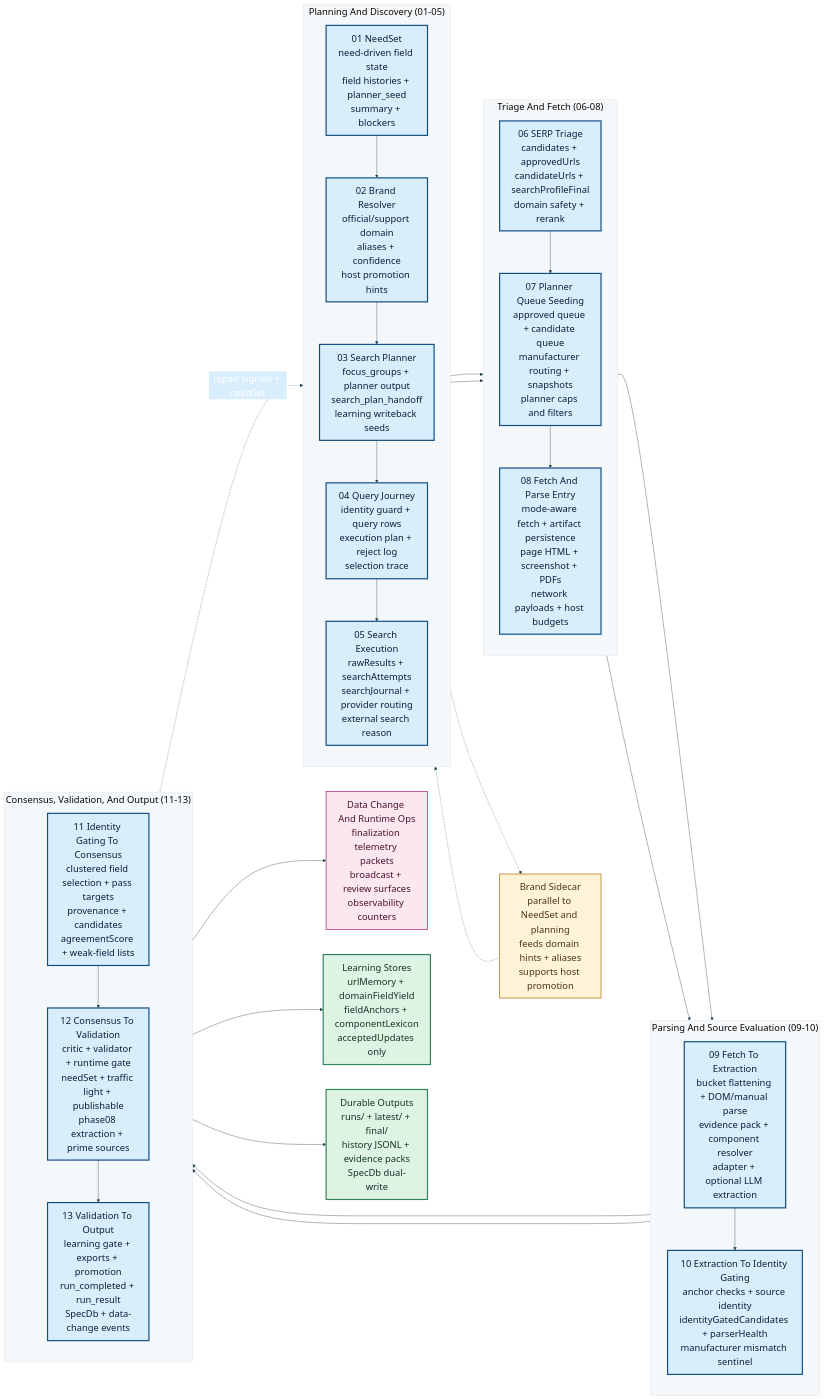
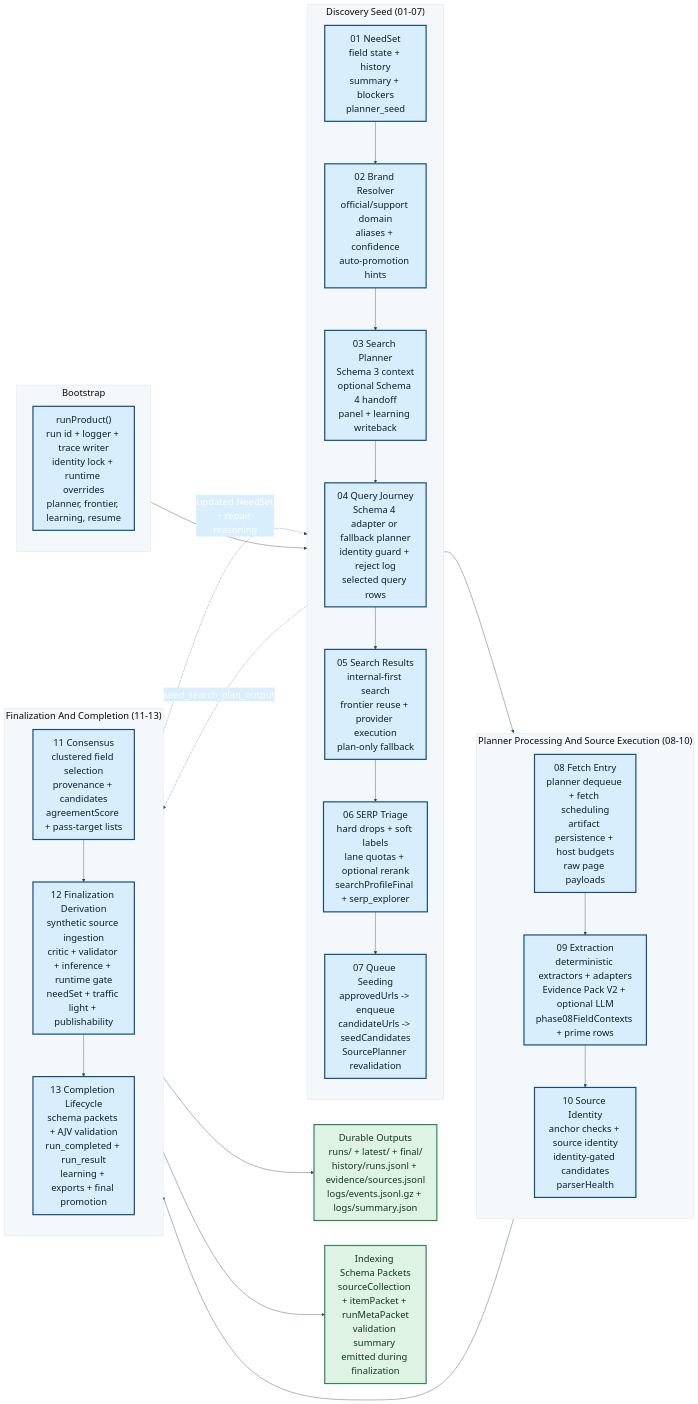
One commit to CdubVentures/Spec-Factory changed the diagram in docs/implementation/ai-indexing-plans/pipeline/FULL-PIPELINE-START-TO-FINISH.mmd. Above: the diagram before and after it, drawn with Mermaid. The commit also changed 293 other files, not shown here.

```diff
--- a/docs/implementation/ai-indexing-plans/pipeline/FULL-PIPELINE-START-TO-FINISH.mmd
+++ b/docs/implementation/ai-indexing-plans/pipeline/FULL-PIPELINE-START-TO-FINISH.mmd
@@ -1,61 +1,52 @@
 %%{init: {'theme': 'base', 'themeVariables': { 'fontFamily': 'Segoe UI', 'fontSize': '24px', 'primaryColor': '#0f4c81', 'primaryTextColor': '#ffffff', 'primaryBorderColor': '#0a3558', 'secondaryColor': '#d9eefc', 'tertiaryColor': '#f4f8fb', 'lineColor': '#264653' }, 'flowchart': { 'curve': 'basis', 'nodeSpacing': 64, 'rankSpacing': 84 } }}%%
 
 flowchart LR
-    subgraph PLAN["Planning And Discovery (01-05)"]
+    subgraph BOOT["Bootstrap"]
         direction TB
-        S01["01 NeedSet<br/>need-driven field state<br/>field histories + planner_seed<br/>summary + blockers"]
-        S02["02 Brand Resolver<br/>official/support domain<br/>aliases + confidence<br/>host promotion hints"]
-        S03["03 Search Planner<br/>focus_groups + planner output<br/>search_plan_handoff<br/>learning writeback seeds"]
-        S04["04 Query Journey<br/>identity guard + query rows<br/>execution plan + reject log<br/>selection trace"]
-        S05["05 Search Execution<br/>rawResults + searchAttempts<br/>searchJournal + provider routing<br/>external search reason"]
-        S01 --> S02 --> S03 --> S04 --> S05
+        B0["runProduct()<br/>run id + logger + trace writer<br/>identity lock + runtime overrides<br/>planner, frontier, learning, resume"]
     end
 
-    subgraph DISCOVER["Triage And Fetch (06-08)"]
+    subgraph DISCOVERY["Discovery Seed (01-07)"]
         direction TB
-        S06["06 SERP Triage<br/>candidates + approvedUrls<br/>candidateUrls + searchProfileFinal<br/>domain safety + rerank"]
-        S07["07 Planner Queue Seeding<br/>approved queue + candidate queue<br/>manufacturer routing + snapshots<br/>planner caps and filters"]
-        S08["08 Fetch And Parse Entry<br/>mode-aware fetch + artifact persistence<br/>page HTML + screenshot + PDFs<br/>network payloads + host budgets"]
-        S06 --> S07 --> S08
+        S01["01 NeedSet<br/>field state + history<br/>summary + blockers<br/>planner_seed"]
+        S02["02 Brand Resolver<br/>official/support domain<br/>aliases + confidence<br/>auto-promotion hints"]
+        S03["03 Search Planner<br/>Schema 3 context<br/>optional Schema 4 handoff<br/>panel + learning writeback"]
+        S04["04 Query Journey<br/>Schema 4 adapter or fallback planner<br/>identity guard + reject log<br/>selected query rows"]
+        S05["05 Search Results<br/>internal-first search<br/>frontier reuse + provider execution<br/>plan-only fallback"]
+        S06["06 SERP Triage<br/>hard drops + soft labels<br/>lane quotas + optional rerank<br/>searchProfileFinal + serp_explorer"]
+        S07["07 Queue Seeding<br/>approvedUrls -> enqueue<br/>candidateUrls -> seedCandidates<br/>SourcePlanner revalidation"]
+        S01 --> S02 --> S03 --> S04 --> S05 --> S06 --> S07
     end
 
-    subgraph PARSE["Parsing And Source Evaluation (09-10)"]
+    subgraph EXEC["Planner Processing And Source Execution (08-10)"]
         direction TB
-        S09["09 Fetch To Extraction<br/>bucket flattening + DOM/manual parse<br/>evidence pack + component resolver<br/>adapter + optional LLM extraction"]
-        S10["10 Extraction To Identity Gating<br/>anchor checks + source identity<br/>identityGatedCandidates + parserHealth<br/>manufacturer mismatch sentinel"]
-        S09 --> S10
+        S08["08 Fetch Entry<br/>planner dequeue + fetch scheduling<br/>artifact persistence + host budgets<br/>raw page payloads"]
+        S09["09 Extraction<br/>deterministic extractors + adapters<br/>Evidence Pack V2 + optional LLM<br/>phase08FieldContexts + prime rows"]
+        S10["10 Source Identity<br/>anchor checks + source identity<br/>identity-gated candidates<br/>parserHealth"]
+        S08 --> S09 --> S10
     end
 
-    subgraph RESOLVE["Consensus, Validation, And Output (11-13)"]
+    subgraph FINALIZE["Finalization And Completion (11-13)"]
         direction TB
-        S11["11 Identity Gating To Consensus<br/>clustered field selection + pass targets<br/>provenance + candidates<br/>agreementScore + weak-field lists"]
-        S12["12 Consensus To Validation<br/>critic + validator + runtime gate<br/>needSet + traffic light + publishable<br/>phase08 extraction + prime sources"]
-        S13["13 Validation To Output<br/>learning gate + exports + promotion<br/>run_completed + run_result<br/>SpecDb + data-change events"]
+        S11["11 Consensus<br/>clustered field selection<br/>provenance + candidates<br/>agreementScore + pass-target lists"]
+        S12["12 Finalization Derivation<br/>synthetic source ingestion<br/>critic + validator + inference + runtime gate<br/>needSet + traffic light + publishability"]
+        S13["13 Completion Lifecycle<br/>schema packets + AJV validation<br/>run_completed + run_result<br/>learning + exports + final promotion"]
         S11 --> S12 --> S13
     end
 
-    BRAND["Brand Sidecar<br/>parallel to NeedSet and planning<br/>feeds domain hints + aliases<br/>supports host promotion"]
-    EVENTS["Data Change And Runtime Ops<br/>finalization telemetry packets<br/>broadcast + review surfaces<br/>observability counters"]
-    LEARN["Learning Stores<br/>urlMemory + domainFieldYield<br/>fieldAnchors + componentLexicon<br/>acceptedUpdates only"]
-    FINAL["Durable Outputs<br/>runs/ + latest/ + final/<br/>history JSONL + evidence packs<br/>SpecDb dual-write"]
+    ART["Durable Outputs<br/>runs/ + latest/ + final/<br/>history/runs.jsonl + evidence/sources.jsonl<br/>logs/events.jsonl.gz + logs/summary.json"]
+    SCHEMA["Indexing Schema Packets<br/>sourceCollection + itemPacket + runMetaPacket<br/>validation summary emitted during finalization"]
 
-    PLAN --> DISCOVER --> PARSE --> RESOLVE
-    S05 --> S06
-    S08 --> S09
-    S10 --> S11
-    S01 -.-> BRAND
-    BRAND -.-> S03
-    S12 -.->|"repair signals + needSet"| S01
-    S13 --> FINAL
-    S13 --> LEARN
-    S13 --> EVENTS
+    B0 --> DISCOVERY
+    S07 --> EXEC
+    S10 --> FINALIZE
+    S03 -.->|seed_search_plan_output| S12
+    S12 -.->|"updated NeedSet<br/>+ repair reasoning"| S01
+    S13 --> ART
+    S13 --> SCHEMA
 
     classDef phase fill:#d9eefc,stroke:#0f4c81,stroke-width:3px,color:#0b1f33
-    classDef sidecar fill:#fef3d6,stroke:#b7791f,stroke-width:2px,color:#4a3410
     classDef durable fill:#dff3e4,stroke:#2f855a,stroke-width:3px,color:#123524
-    classDef ops fill:#fce7ef,stroke:#b83280,stroke-width:2px,color:#4a1230
 
-    class S01,S02,S03,S04,S05,S06,S07,S08,S09,S10,S11,S12,S13 phase
-    class BRAND sidecar
-    class FINAL,LEARN durable
-    class EVENTS ops
+    class B0,S01,S02,S03,S04,S05,S06,S07,S08,S09,S10,S11,S12,S13 phase
+    class ART,SCHEMA durable
```
